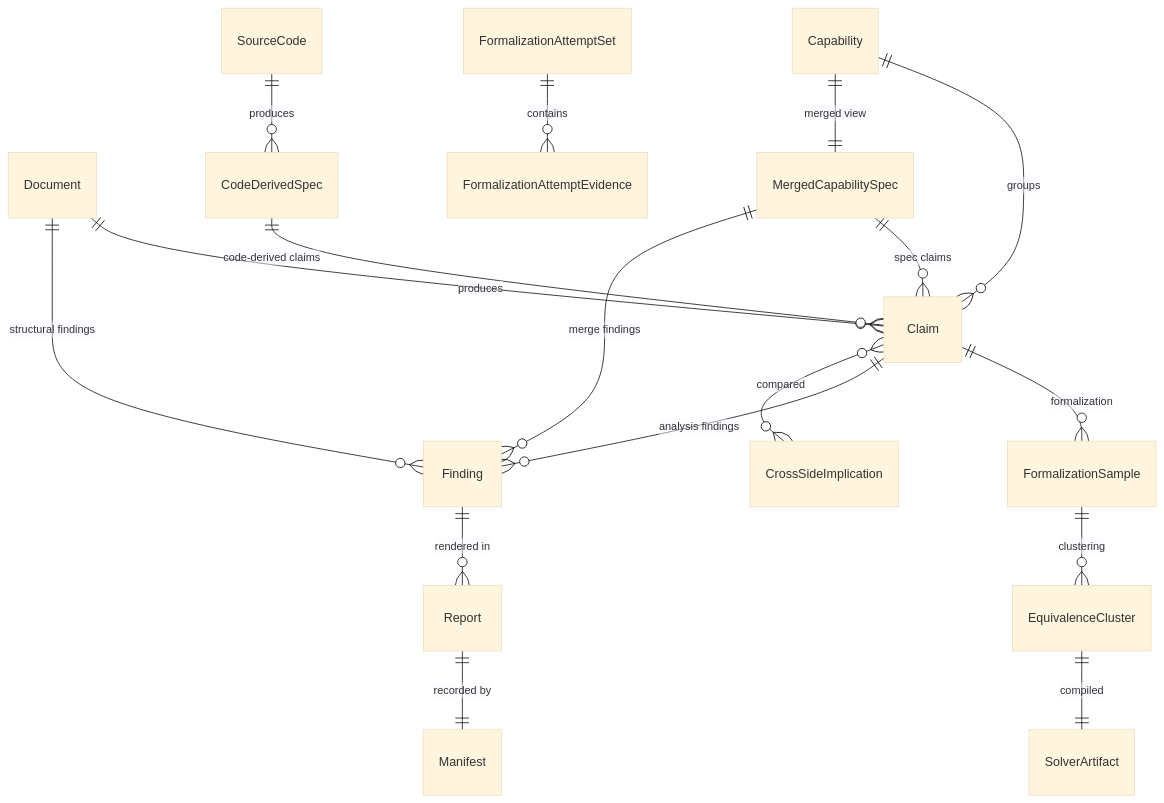
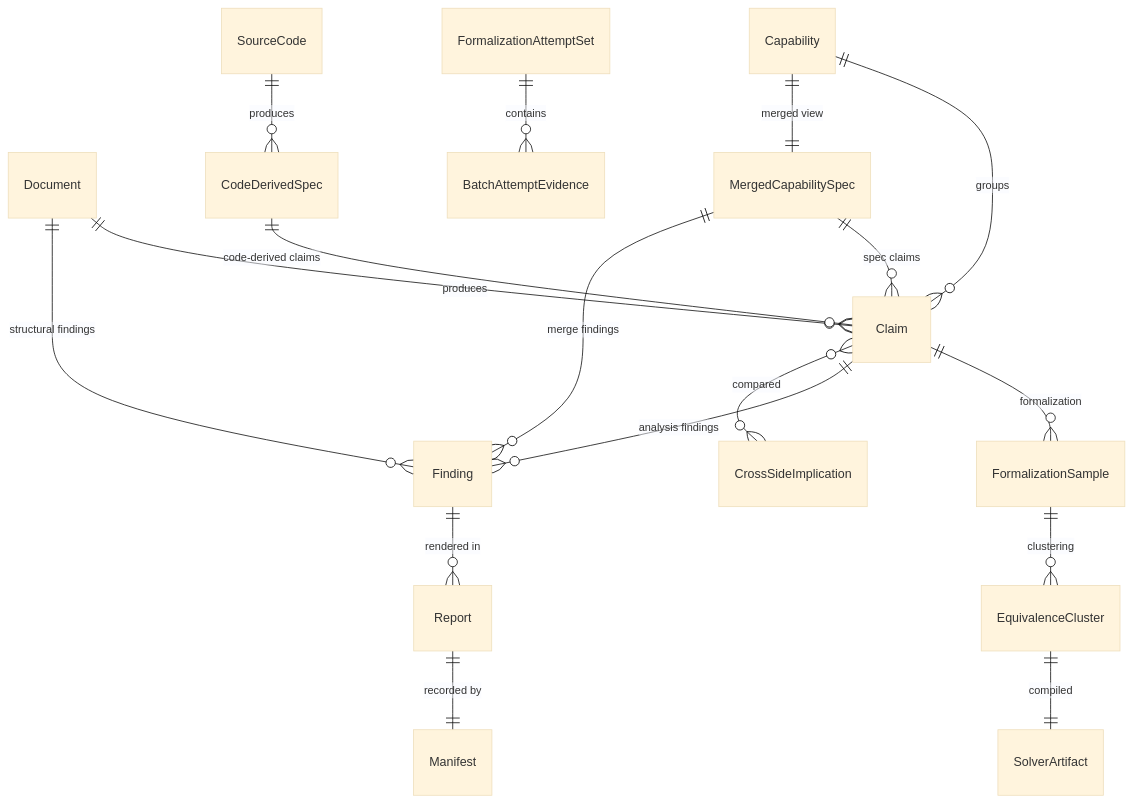
One commit to ohpauleez/spec-check changed the third of 13 diagrams in docs/design.md. Above: the diagram before and after it, drawn with Mermaid (base theme). The commit also changed 6 other files, not shown here.

````diff
--- a/docs/design.md
+++ b/docs/design.md
@@ -339,19 +339,19 @@
 ```mermaid
 erDiagram
     Document ||--o{ Claim : produces
     Document ||--o{ Finding : "structural findings"
     Capability ||--o{ Claim : groups
     Capability ||--|| MergedCapabilitySpec : "merged view"
     MergedCapabilitySpec ||--o{ Claim : "spec claims"
     MergedCapabilitySpec ||--o{ Finding : "merge findings"
     Claim ||--o{ FormalizationSample : "formalization"
-    FormalizationAttemptSet ||--o{ FormalizationAttemptEvidence : contains
+    FormalizationAttemptSet ||--o{ BatchAttemptEvidence : contains
     FormalizationSample ||--o{ EquivalenceCluster : "clustering"
     EquivalenceCluster ||--|| SolverArtifact : "compiled"
     Claim ||--o{ Finding : "analysis findings"
     Finding ||--o{ Report : "rendered in"
     Report ||--|| Manifest : "recorded by"
     SourceCode ||--o{ CodeDerivedSpec : produces
     CodeDerivedSpec ||--o{ Claim : "code-derived claims"
     Claim }o--o{ CrossSideImplication : compared
 ```
````
